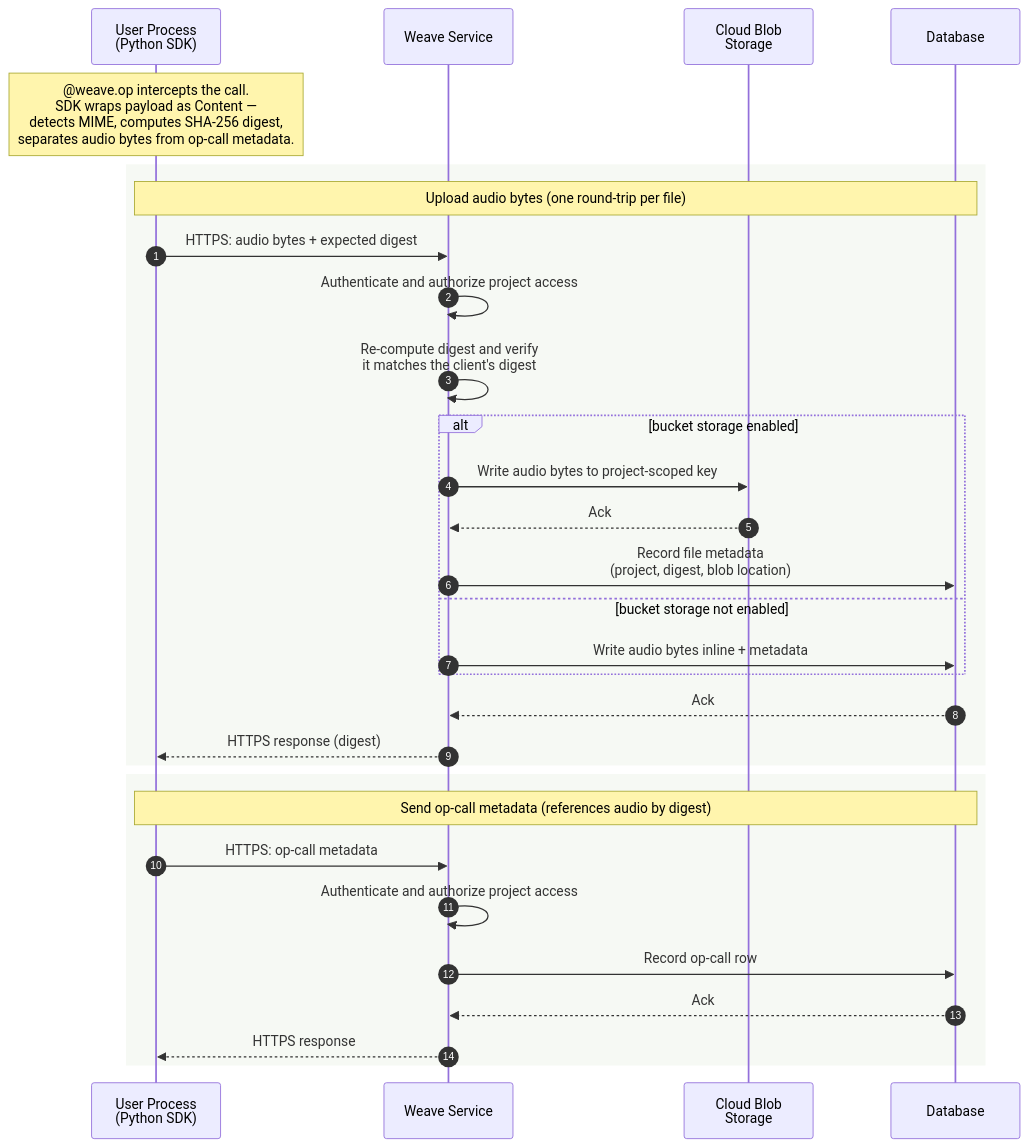
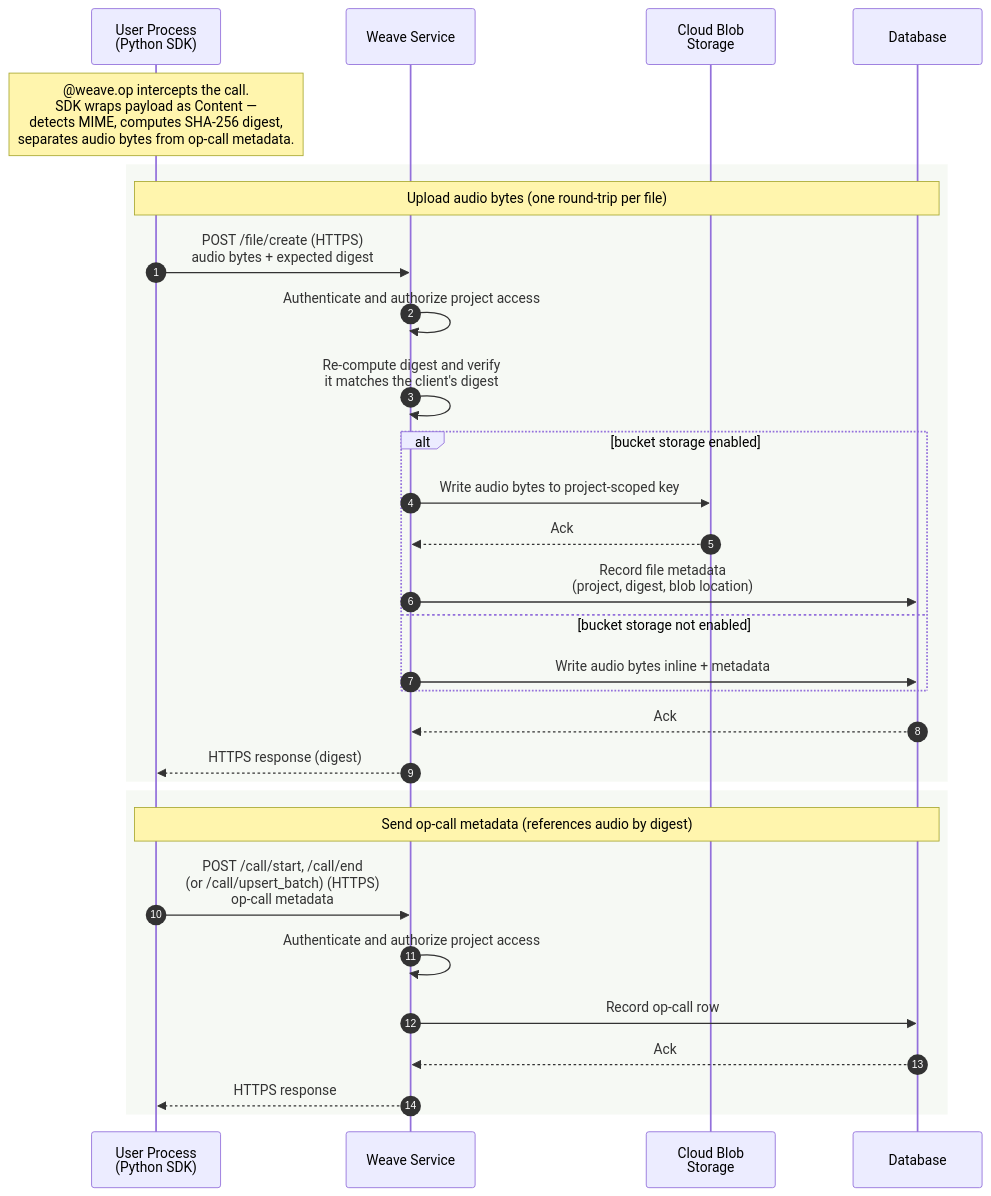
Before and after one commit to wandb/weave: the second of 3 diagrams in AUDIO_DATAFLOW.md, drawn with Mermaid. The commit also changed other lines of this file, not shown here.

Commit message:
chore(weave): label audio data-flow endpoints in sequence diagrams
Annotate the HTTPS messages in the write and read sequence diagrams
with their endpoint paths (/file/create, /call/start and /call/end,
/file/content) so reviewers can correlate the flows with observable
traffic.

````diff
--- a/AUDIO_DATAFLOW.md
+++ b/AUDIO_DATAFLOW.md
@@ -68,39 +68,39 @@
 ```mermaid
 ---
 config:
   layout: elk
 ---
 sequenceDiagram
     autonumber
     participant U as User Process<br/>(Python SDK)
     participant S as Weave Service
     participant B as Cloud Blob<br/>Storage
     participant D as Database
 
     Note over U: @weave.op intercepts the call.<br/>SDK wraps payload as Content —<br/>detects MIME, computes SHA-256 digest,<br/>separates audio bytes from op-call metadata.
 
     rect rgba(140,180,120,0.08)
     Note over U,D: Upload audio bytes (one round-trip per file)
-    U->>S: HTTPS: audio bytes + expected digest
+    U->>S: POST /file/create (HTTPS)<br/>audio bytes + expected digest
     S->>S: Authenticate and authorize project access
     S->>S: Re-compute digest and verify<br/>it matches the client's digest
     alt bucket storage enabled
         S->>B: Write audio bytes to project-scoped key
         B-->>S: Ack
         S->>D: Record file metadata<br/>(project, digest, blob location)
     else bucket storage not enabled
         S->>D: Write audio bytes inline + metadata
     end
     D-->>S: Ack
     S-->>U: HTTPS response (digest)
     end
 
     rect rgba(140,180,120,0.08)
     Note over U,D: Send op-call metadata (references audio by digest)
-    U->>S: HTTPS: op-call metadata
+    U->>S: POST /call/start, /call/end<br/>(or /call/upsert_batch) (HTTPS)<br/>op-call metadata
     S->>S: Authenticate and authorize project access
     S->>D: Record op-call row
     D-->>S: Ack
     S-->>U: HTTPS response
     end
 ```
````
